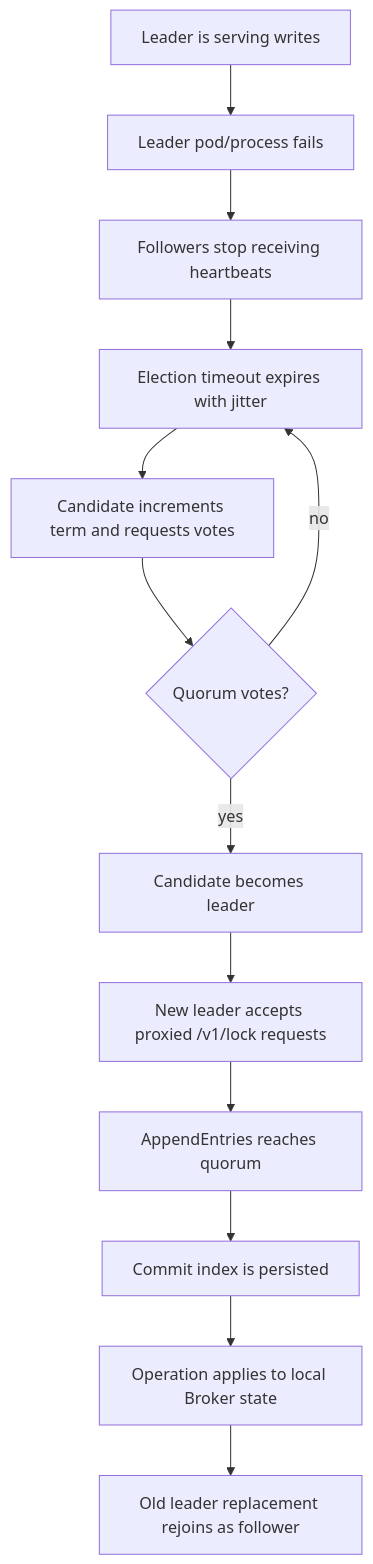
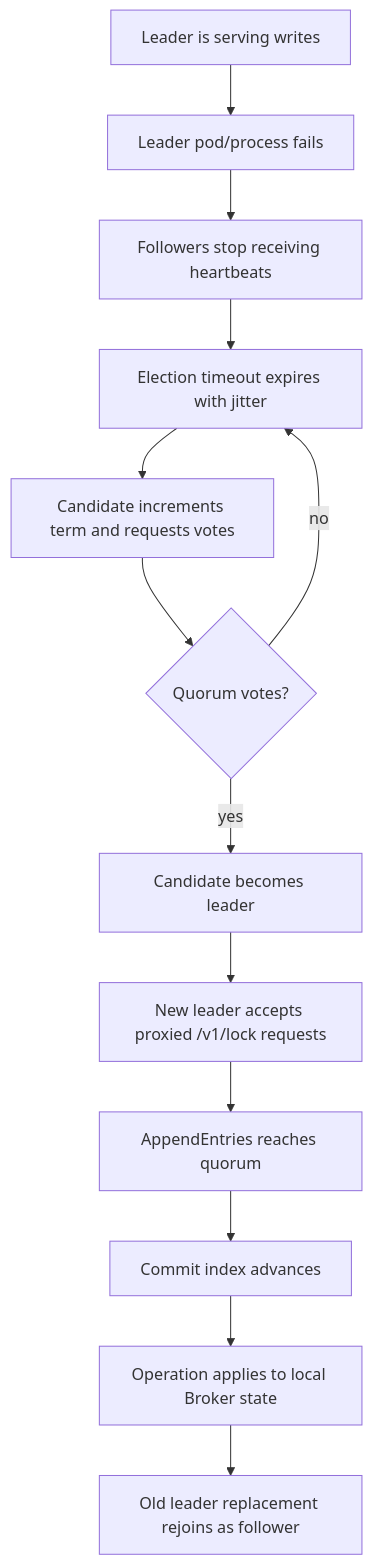
The fourth of 4 diagrams in docs/raft.md (ORESoftware/live-mutex-rs), drawn with Mermaid before and after one commit. The commit also changed other lines of this file and 13 other files, not shown here.

````diff
--- a/docs/raft.md
+++ b/docs/raft.md
@@ -156,15 +396,15 @@
 ```mermaid
 flowchart TD
   A["Leader is serving writes"] --> B["Leader pod/process fails"]
   B --> C["Followers stop receiving heartbeats"]
   C --> D["Election timeout expires with jitter"]
   D --> E["Candidate increments term and requests votes"]
   E --> F{"Quorum votes?"}
   F -- "no" --> D
   F -- "yes" --> G["Candidate becomes leader"]
   G --> H["New leader accepts proxied /v1/lock requests"]
   H --> I["AppendEntries reaches quorum"]
-  I --> J["Commit index is persisted"]
+  I --> J["Commit index advances"]
   J --> K["Operation applies to local Broker state"]
   K --> L["Old leader replacement rejoins as follower"]
 ```
````
